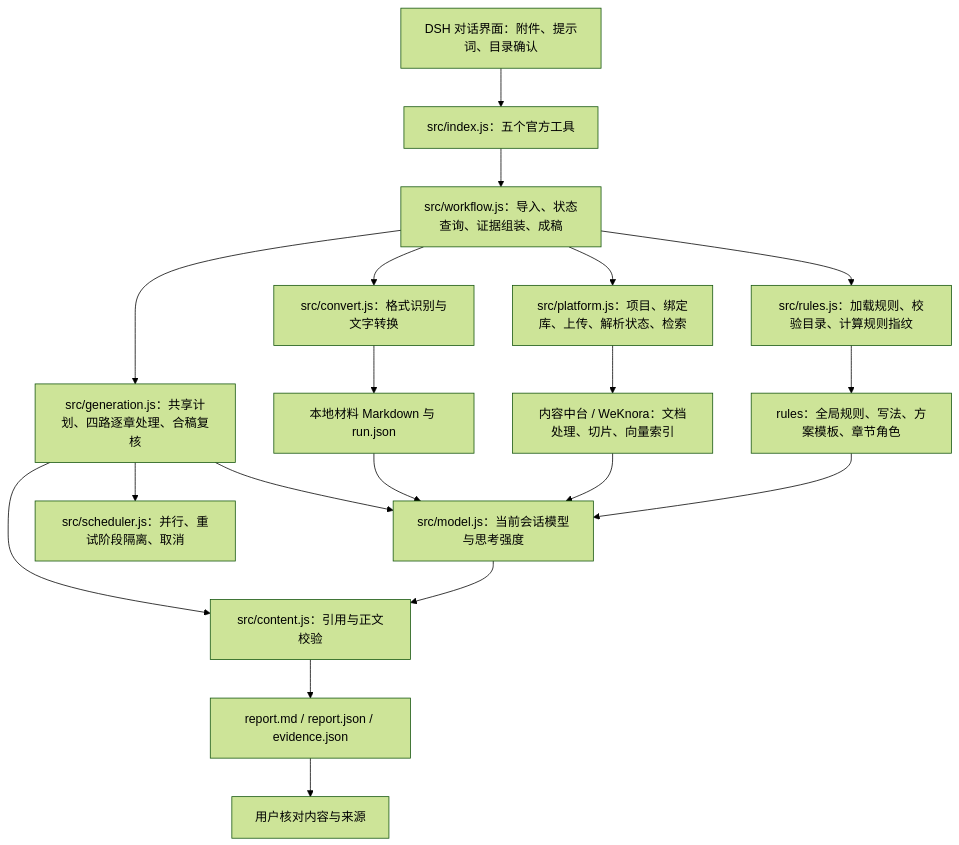
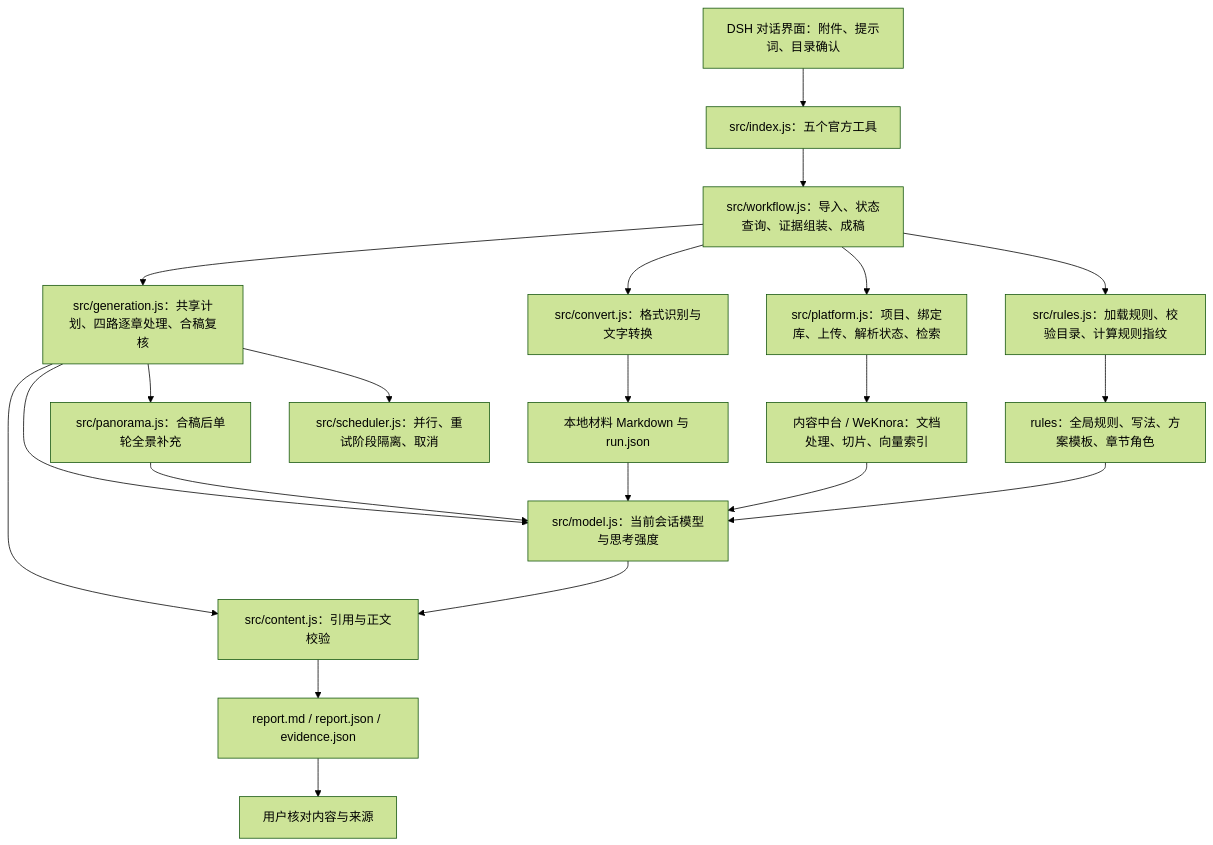
Before and after one commit to z460046000-ops/WLYD_content: the diagram in README.md, drawn with Mermaid (forest theme). The commit also changed other lines of this file and 24 other files, not shown here.

````diff
--- a/README.md
+++ b/README.md
@@ -26,21 +26,23 @@
 ```mermaid
 flowchart TD
     A[DSH 对话界面：附件、提示词、目录确认] --> B[src/index.js：五个官方工具]
     B --> C[src/workflow.js：导入、状态查询、证据组装、成稿]
     C --> D[src/convert.js：格式识别与文字转换]
     D --> E[本地材料 Markdown 与 run.json]
     C --> F[src/platform.js：项目、绑定库、上传、解析状态、检索]
     F --> G[内容中台 / WeKnora：文档处理、切片、向量索引]
     C --> H[src/rules.js：加载规则、校验目录、计算规则指纹]
     H --> I[rules：全局规则、写法、方案模板、章节角色]
     C --> N[src/generation.js：共享计划、四路逐章处理、合稿复核]
     N --> J[src/model.js：当前会话模型与思考强度]
     N --> S[src/scheduler.js：并行、重试阶段隔离、取消]
+    N --> P[src/panorama.js：合稿后单轮全景补充]
+    P --> J
     N --> K[src/content.js：引用与正文校验]
     E --> J
     G --> J
     I --> J
     J --> K
     K --> L[report.md / report.json / evidence.json]
     L --> M[用户核对内容与来源]
 ```
````
